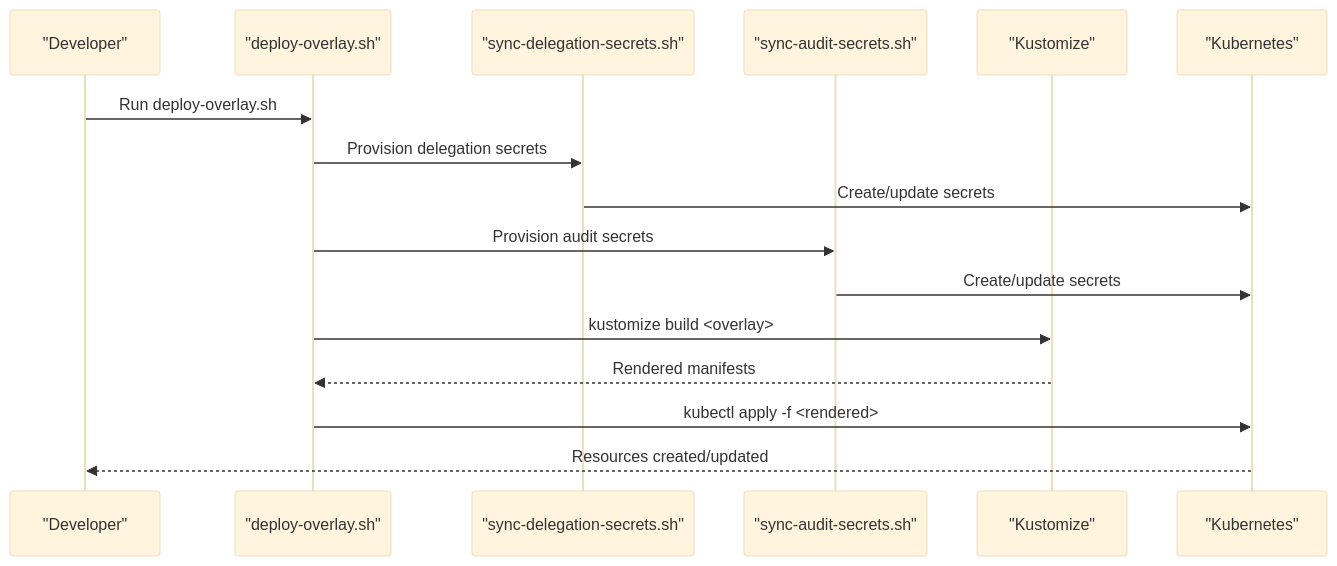
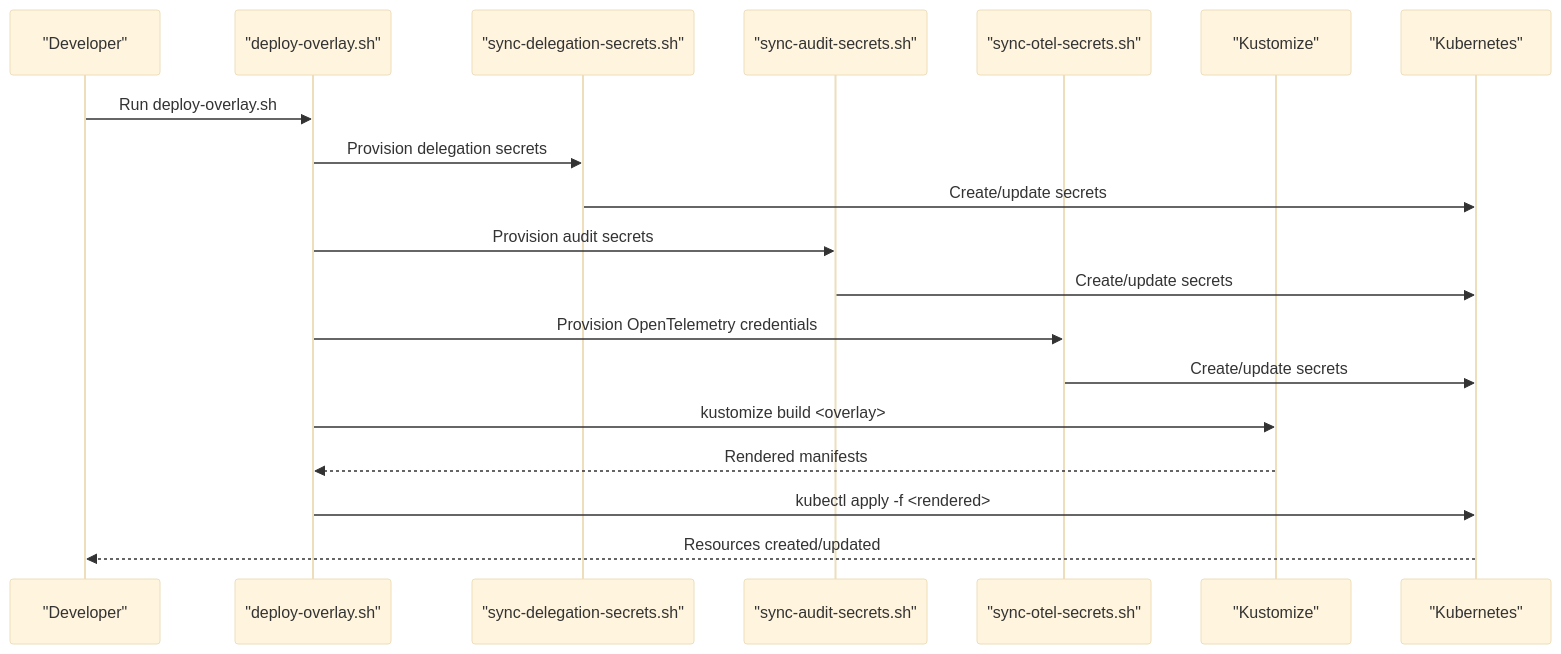
Before and after one commit to metasync/luban-aiops: the fourth of 10 diagrams in .qoder/repowiki/en/content/Deployment and Operations/Deployment and Operations.md, drawn with Mermaid (base theme). The commit also changed other lines of this file and 71 other files, not shown here.

Commit message:
docs: refresh repowiki knowledge cache after OpenObserve telemetry enablement

````diff
--- a/.qoder/repowiki/en/content/Deployment and Operations/Deployment and Operations.md
+++ b/.qoder/repowiki/en/content/Deployment and Operations/Deployment and Operations.md
@@ -293,18 +318,21 @@
 ```mermaid
 sequenceDiagram
 participant Dev as "Developer"
 participant Script as "deploy-overlay.sh"
 participant Delegation as "sync-delegation-secrets.sh"
 participant Audit as "sync-audit-secrets.sh"
+participant OTel as "sync-otel-secrets.sh"
 participant Kustomize as "Kustomize"
 participant K8s as "Kubernetes"
 Dev->>Script : Run deploy-overlay.sh
 Script->>Delegation : Provision delegation secrets
 Delegation->>K8s : Create/update secrets
 Script->>Audit : Provision audit secrets
 Audit->>K8s : Create/update secrets
+Script->>OTel : Provision OpenTelemetry credentials
+OTel->>K8s : Create/update secrets
 Script->>Kustomize : kustomize build <overlay>
 Kustomize-->>Script : Rendered manifests
 Script->>K8s : kubectl apply -f <rendered>
 K8s-->>Dev : Resources created/updated
 ```
````
